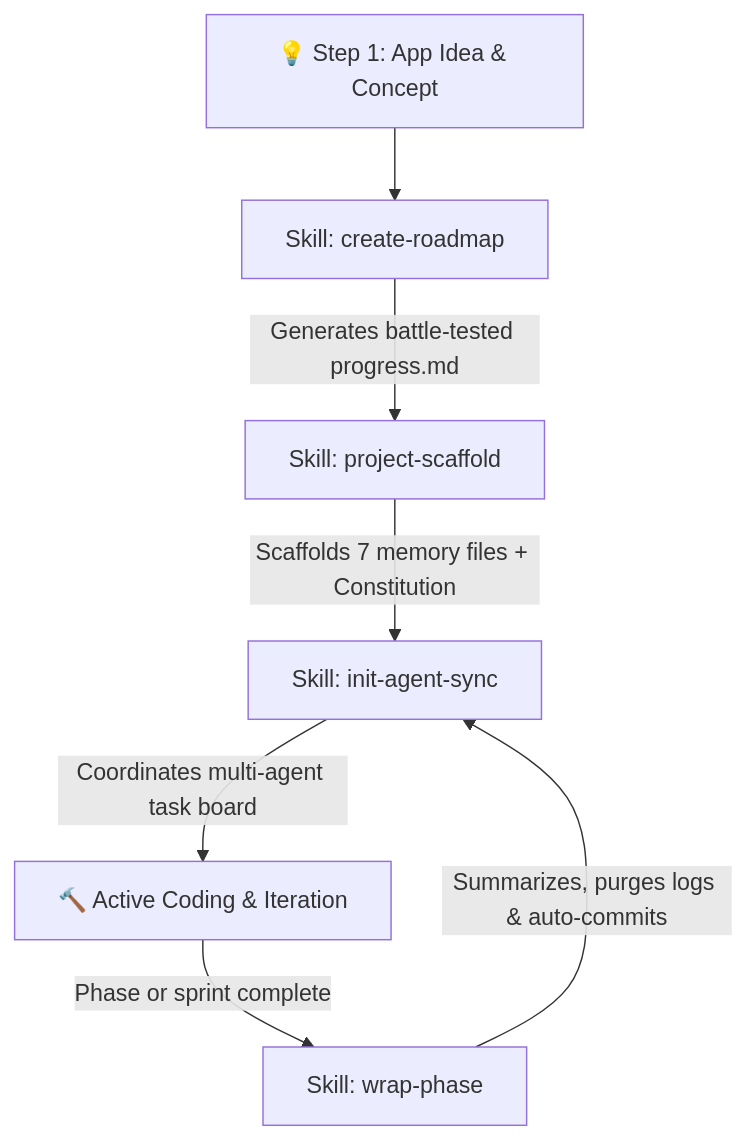
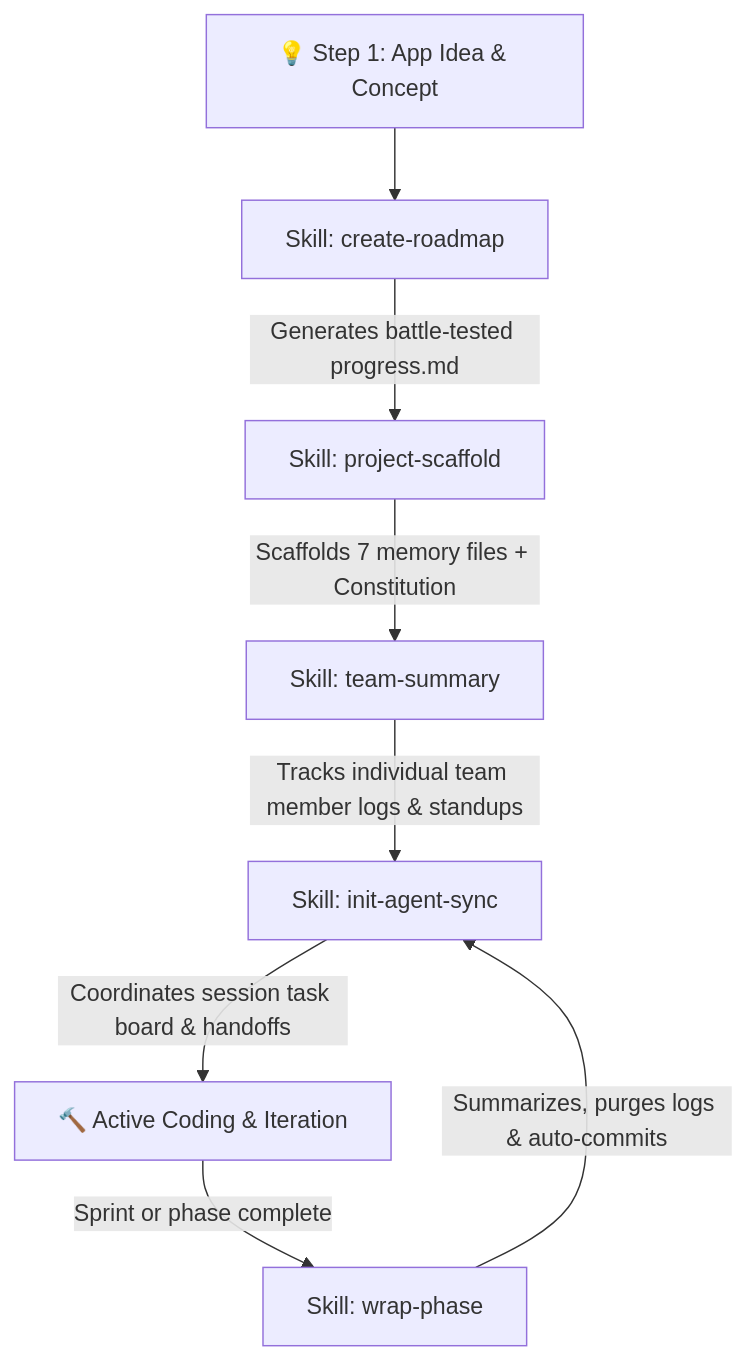
One commit to Hadi99K/AGENT_SKILLS changed the diagram in README.md. Above: the diagram before and after it, drawn with Mermaid. The commit also changed other lines of this file and 1 other file, not shown here.

Commit message:
feat: add team-summary skill for individual member activity logs

````diff
--- a/README.md
+++ b/README.md
@@ -23,9 +23,10 @@
 ```mermaid
 graph TD
     A[💡 Step 1: App Idea & Concept] --> B[Skill: create-roadmap]
     B -->|Generates battle-tested progress.md| C[Skill: project-scaffold]
-    C -->|Scaffolds 7 memory files + Constitution| D[Skill: init-agent-sync]
-    D -->|Coordinates multi-agent task board| E[🔨 Active Coding & Iteration]
-    E -->|Phase or sprint complete| F[Skill: wrap-phase]
-    F -->|Summarizes, purges logs & auto-commits| D
+    C -->|Scaffolds 7 memory files + Constitution| D[Skill: team-summary]
+    D -->|Tracks individual team member logs & standups| E[Skill: init-agent-sync]
+    E -->|Coordinates session task board & handoffs| F[🔨 Active Coding & Iteration]
+    F -->|Sprint or phase complete| G[Skill: wrap-phase]
+    G -->|Summarizes, purges logs & auto-commits| E
 ```
````
